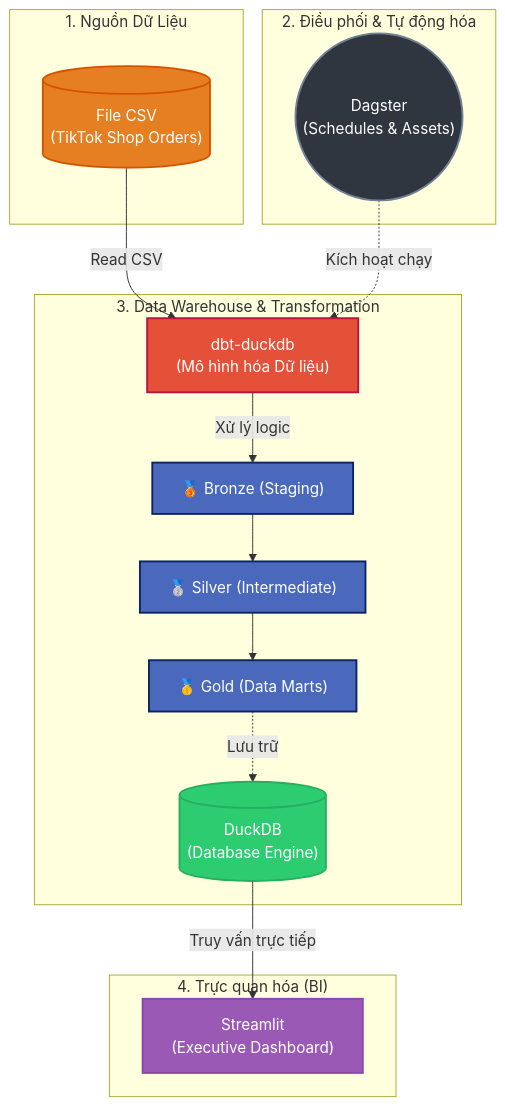
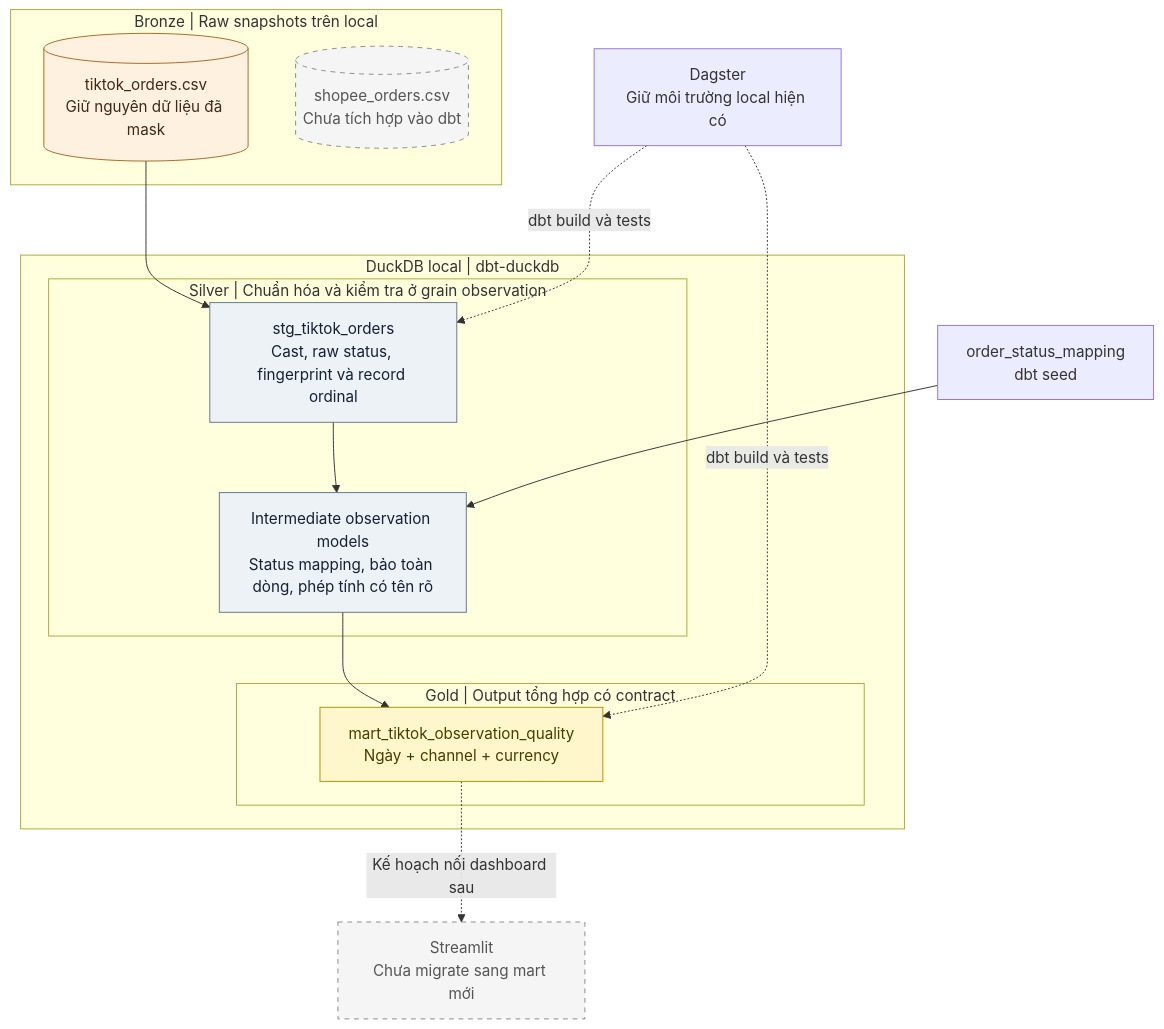
The first of 2 diagrams in README.md (PhucTruong11/TikTok_orders_pipeline), drawn with Mermaid before and after one commit. The commit also changed other lines of this file and 44 other files, not shown here.

Commit message:
Fix dedup, add quality mart-dbt tests-CI check fixture

````diff
--- a/README.md
+++ b/README.md
@@ -27,38 +22,34 @@
 ```mermaid
-flowchart TD
-    %% Định nghĩa màu sắc (classDef)
-    classDef source fill:#e67e22,stroke:#d35400,stroke-width:2px,color:#fff;
-    classDef orchestrator fill:#2f3640,stroke:#718093,stroke-width:2px,color:#fff;
-    classDef compute fill:#4a69bd,stroke:#0c2461,stroke-width:2px,color:#fff;
-    classDef transform fill:#e55039,stroke:#b71540,stroke-width:2px,color:#fff;
-    classDef storage fill:#2ecc71,stroke:#27ae60,stroke-width:2px,color:#fff;
-    classDef bi fill:#9b59b6,stroke:#8e44ad,stroke-width:2px,color:#fff;
-
-    subgraph Sources ["1. Nguồn Dữ Liệu"]
-        CSV[("File CSV\n(TikTok Shop Orders)")]:::source
+flowchart TB
+    subgraph BRONZE["Bronze | Raw snapshots trên local"]
+        TT[("tiktok_orders.csv<br/>Giữ nguyên dữ liệu đã mask")]
+        SP[("shopee_orders.csv<br/>Chưa tích hợp vào dbt")]
     end
 
-    subgraph Orchestration ["2. Điều phối & Tự động hóa"]
-        DAGSTER(("Dagster\n(Schedules & Assets)")):::orchestrator
+    subgraph WAREHOUSE["DuckDB local | dbt-duckdb"]
+        subgraph SILVER["Silver | Chuẩn hóa và kiểm tra ở grain observation"]
+            STG["stg_tiktok_orders<br/>Cast, raw status, fingerprint và record ordinal"]
+            OBS["Intermediate observation models<br/>Status mapping, bảo toàn dòng, phép tính có tên rõ"]
+            STG --> OBS
+        end
+        subgraph GOLD["Gold | Output tổng hợp có contract"]
+            QUALITY["mart_tiktok_observation_quality<br/>Ngày + channel + currency"]
+        end
+        OBS --> QUALITY
     end
 
-    subgraph DataPlatform ["3. Data Warehouse & Transformation"]
-        DBT["dbt-duckdb\n(Mô hình hóa Dữ liệu)"]:::transform
-        DUCKDB[("DuckDB\n(Database Engine)")]:::storage
-        
-        BRONZE["🥉 Bronze (Staging)"]:::compute
-        SILVER["🥈 Silver (Intermediate)"]:::compute
-        GOLD["🥇 Gold (Data Marts)"]:::compute
-        
-        DBT -->|Xử lý logic| BRONZE --> SILVER --> GOLD
-        GOLD -.->|Lưu trữ| DUCKDB
-    end
+    TT --> STG
+    SEED["order_status_mapping<br/>dbt seed"] --> OBS
+    DAGSTER["Dagster<br/>Giữ môi trường local hiện có"] -.->|"dbt build và tests"| STG
+    DAGSTER -.->|"dbt build và tests"| QUALITY
+    QUALITY -.->|"Kế hoạch nối dashboard sau"| STREAMLIT["Streamlit<br/>Chưa migrate sang mart mới"]
 
-    subgraph Consumption ["4. Trực quan hóa (BI)"]
-        STREAMLIT["Streamlit\n(Executive Dashboard)"]:::bi
-    end
-
-    CSV -->|Read CSV| DBT
-    DAGSTER -.->|Kích hoạt chạy| DBT
-    DUCKDB -->|Truy vấn trực tiếp| STREAMLIT
+    classDef bronze fill:#fff1df,stroke:#a86622,color:#3f2a16;
+    classDef silver fill:#edf2f7,stroke:#64748b,color:#172033;
+    classDef gold fill:#fff7cc,stroke:#b58b00,color:#493c00;
+    classDef pending fill:#f5f5f5,stroke:#888888,color:#555555,stroke-dasharray:5 5;
+    class TT bronze;
+    class STG,OBS silver;
+    class QUALITY gold;
+    class SP,STREAMLIT pending;
 ```
````
